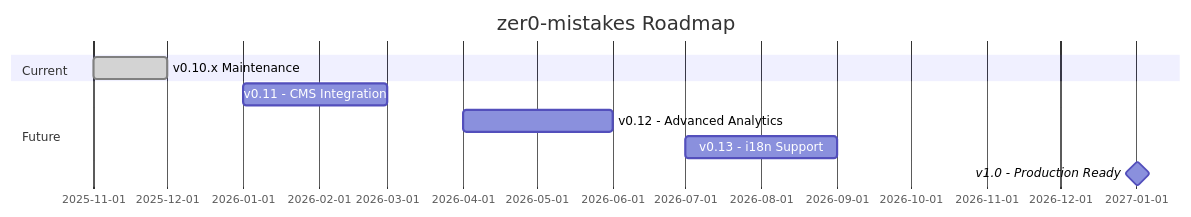
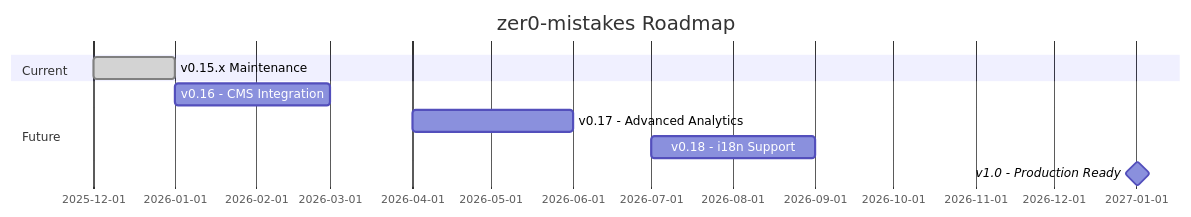
One commit to bamr87/zer0-CMS changed diagram 12 of 13 in packages/zer0-mistakes/README.md. Above: the diagram before and after it, drawn with Mermaid. The commit also changed other lines of this file, not shown here.

````diff
--- a/packages/zer0-mistakes/README.md
+++ b/packages/zer0-mistakes/README.md
@@ -594,12 +626,12 @@
 ```mermaid
 gantt
     title zer0-mistakes Roadmap
     dateFormat YYYY-MM
     section Current
-    v0.10.x Maintenance       :done, 2025-11, 2025-12
+    v0.15.x Maintenance       :done, 2025-12, 2026-01
     section Future
-    v0.11 - CMS Integration   :2026-01, 2026-03
-    v0.12 - Advanced Analytics:2026-04, 2026-06
-    v0.13 - i18n Support      :2026-07, 2026-09
+    v0.16 - CMS Integration   :2026-01, 2026-03
+    v0.17 - Advanced Analytics:2026-04, 2026-06
+    v0.18 - i18n Support      :2026-07, 2026-09
     v1.0 - Production Ready   :milestone, 2027-01, 1d
 ```
````
